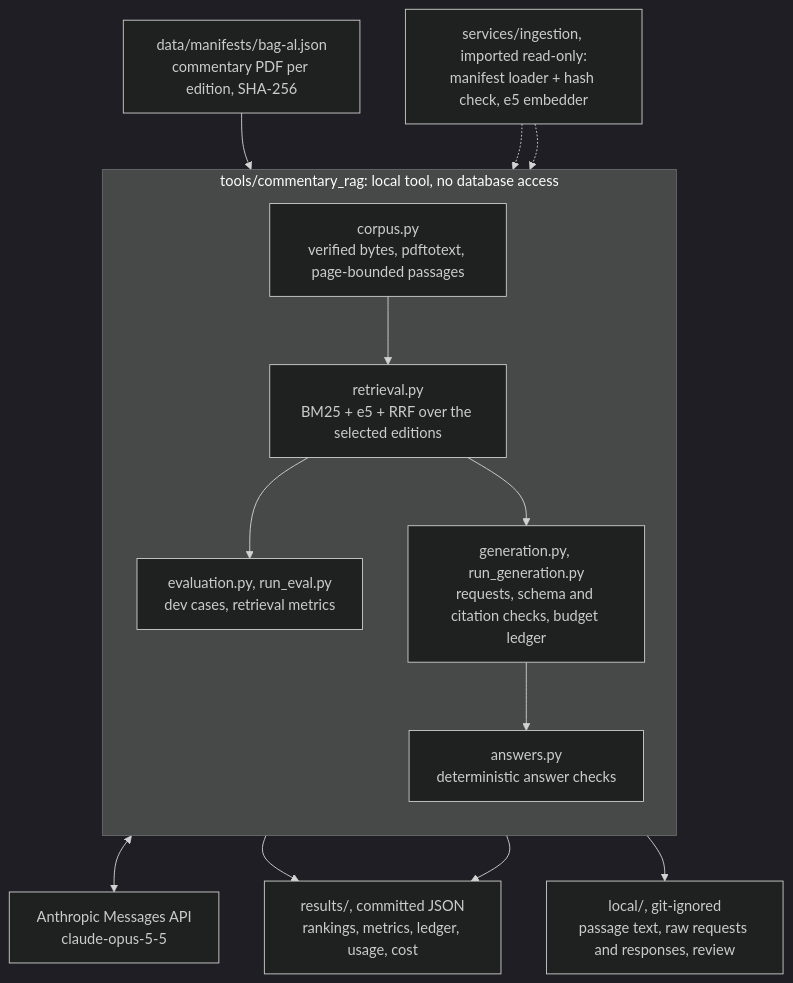
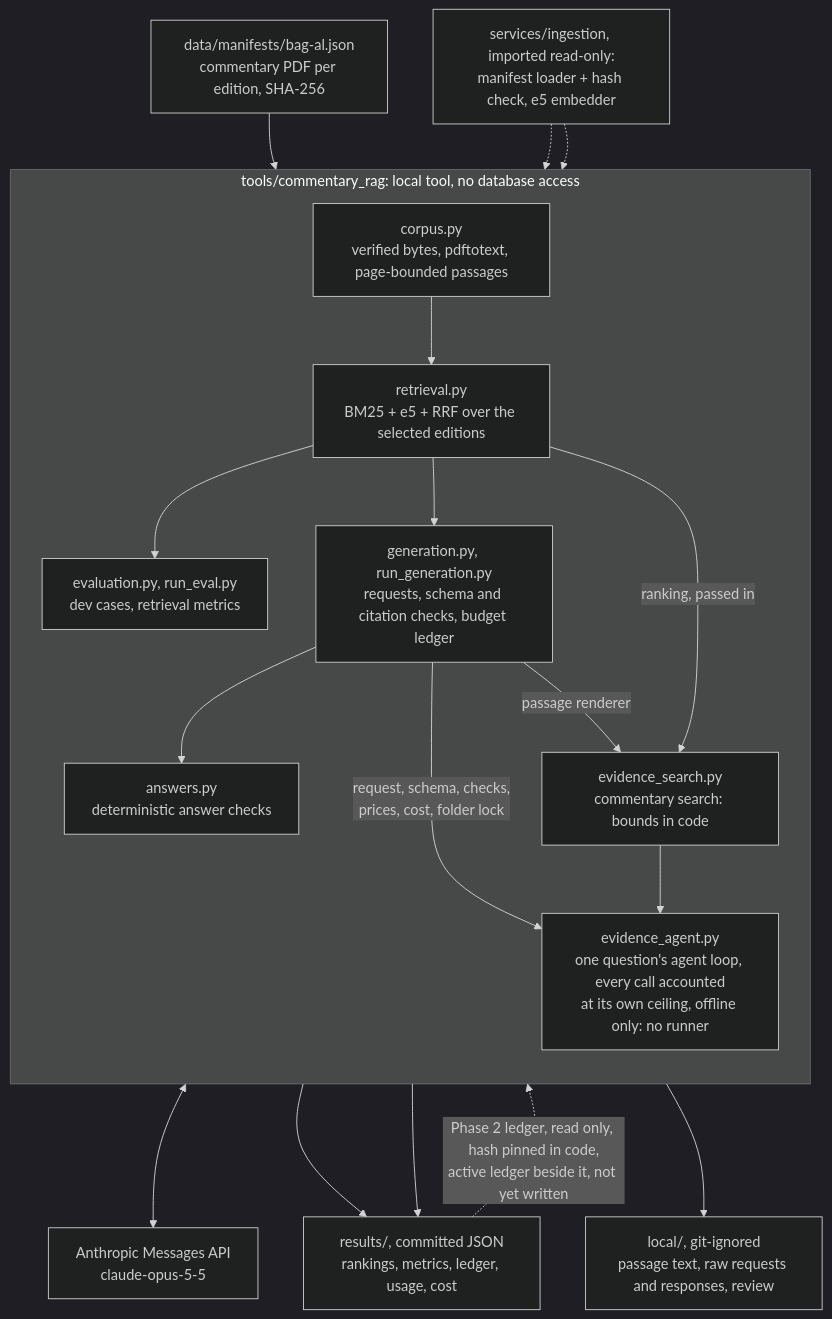
Before and after one commit to erhanuenlue/tarifhub: the diagram in docs/arc42/05-building-block-view.md, drawn with Mermaid (dark theme). The commit also changed other lines of this file and 14 other files, not shown here.

````diff
--- a/docs/arc42/05-building-block-view.md
+++ b/docs/arc42/05-building-block-view.md
@@ -100,24 +100,31 @@
 ```mermaid
 flowchart TB
   MAN["data/manifests/bag-al.json<br/>commentary PDF per edition, SHA-256"]
   ING["services/ingestion, imported read-only:<br/>manifest loader + hash check, e5 embedder"]
   subgraph PILOT["tools/commentary_rag: local tool, no database access"]
     direction TB
     COR["corpus.py<br/>verified bytes, pdftotext, page-bounded passages"]
     RET["retrieval.py<br/>BM25 + e5 + RRF over the selected editions"]
     EVA["evaluation.py, run_eval.py<br/>dev cases, retrieval metrics"]
     GEN["generation.py, run_generation.py<br/>requests, schema and citation checks, budget ledger"]
     ANS["answers.py<br/>deterministic answer checks"]
+    SEA["evidence_search.py<br/>commentary search: bounds in code"]
+    AGT["evidence_agent.py<br/>one question's agent loop, every call accounted<br/>at its own ceiling, offline only: no runner"]
     COR --> RET
     RET --> EVA
     RET --> GEN
     GEN --> ANS
+    RET -->|"ranking, passed in"| SEA
+    GEN -->|"passage renderer"| SEA
+    SEA --> AGT
+    GEN -->|"request, schema, checks,<br/>prices, cost, folder lock"| AGT
   end
   MAN --> COR
   ING -.-> COR
   ING -.-> RET
   GEN <--> API["Anthropic Messages API<br/>claude-opus-5-5"]
   EVA --> RES["results/, committed JSON<br/>rankings, metrics, ledger, usage, cost"]
   ANS --> RES
   GEN --> LOC["local/, git-ignored<br/>passage text, raw requests and responses, review"]
+  RES -.->|"Phase 2 ledger, read only, hash pinned in code,<br/>active ledger beside it, not yet written"| AGT
 ```
````
